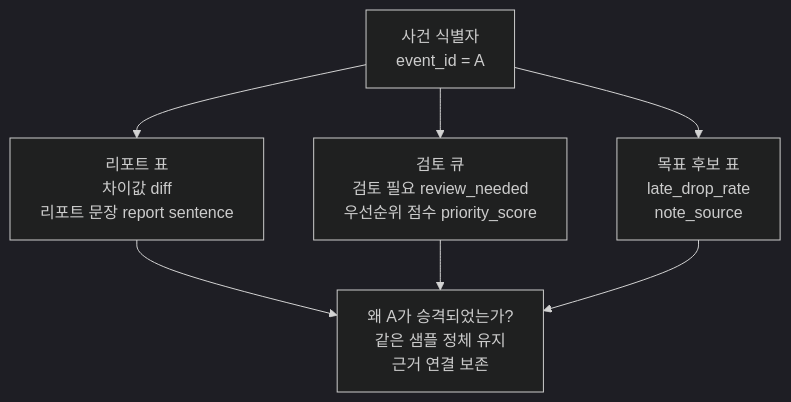
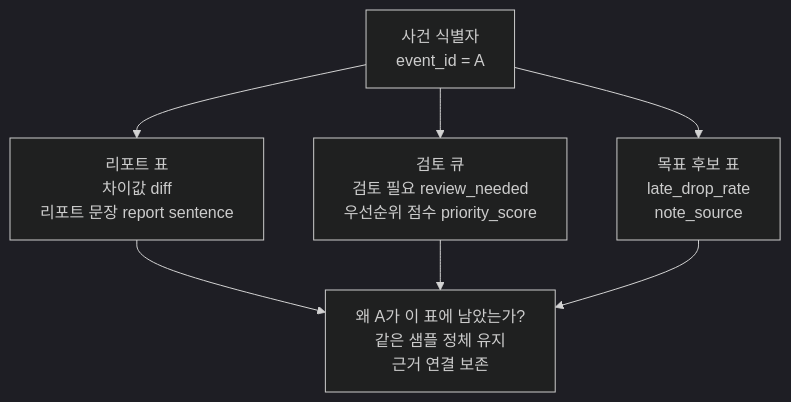
The diagram in docs/parts/part-03/chapter-09/section-05.md (devchan64/AiBook), drawn with Mermaid (dark theme) before and after one commit. The commit also changed other lines of this file and 21 other files, not shown here.

````diff
--- a/docs/parts/part-03/chapter-09/section-05.md
+++ b/docs/parts/part-03/chapter-09/section-05.md
@@ -82,14 +82,14 @@
 ```mermaid
 flowchart TD
     A[사건 식별자<br/>event_id = A]
 
     A --> B[리포트 표<br/>차이값 diff<br/>리포트 문장 report sentence]
     A --> C[검토 큐<br/>검토 필요 review_needed<br/>우선순위 점수 priority_score]
     A --> D[목표 후보 표<br/>late_drop_rate<br/>note_source]
 
     B --> E[비교 근거로 다시 추적]
     C --> E
     D --> E
 
-    E[왜 A가 승격되었는가?<br/>같은 샘플 정체 유지<br/>근거 연결 보존]
+    E[왜 A가 이 표에 남았는가?<br/>같은 샘플 정체 유지<br/>근거 연결 보존]
 ```
````
